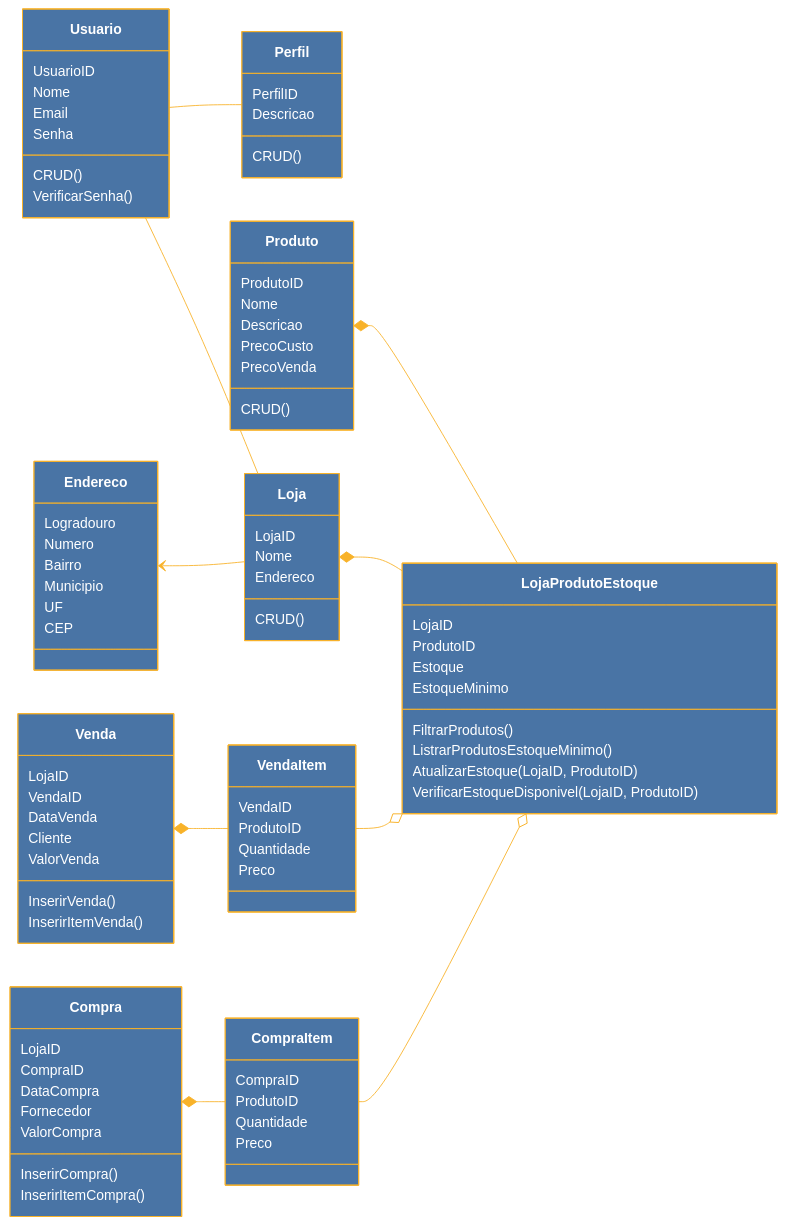
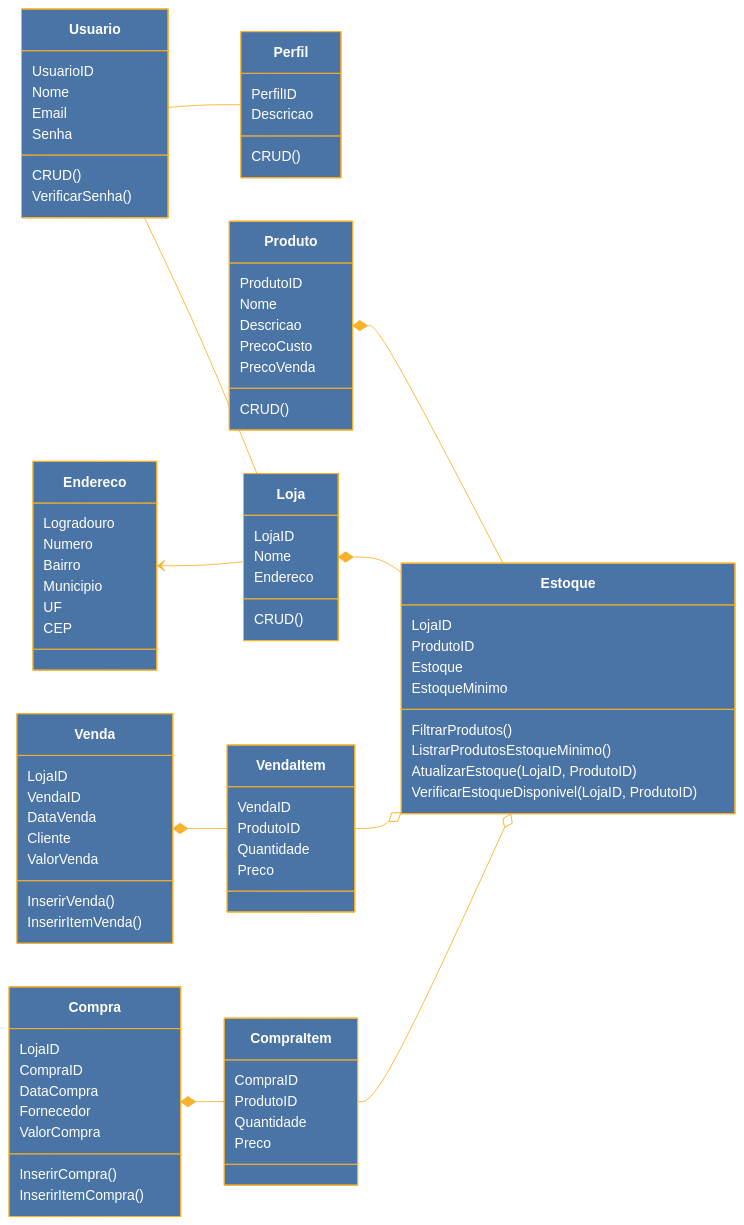
One commit to Ipojuca/WEB2_EX1 changed the diagram in README.md. Above: the diagram before and after it, drawn with Mermaid. The commit also changed 8 other files, not shown here.

````diff
--- a/README.md
+++ b/README.md
@@ -59,7 +59,7 @@
         CRUD()
     }
 
-    class LojaProdutoEstoque{
+    class Estoque{
         LojaID
         ProdutoID
         Estoque
@@ -106,11 +106,11 @@
     Usuario -- Perfil 
     Usuario -- Loja
     Endereco <-- Loja
-    Produto *-- LojaProdutoEstoque
-    Loja *-- LojaProdutoEstoque
+    Produto *-- Estoque
+    Loja *-- Estoque
     Venda *-- VendaItem
-    VendaItem --o LojaProdutoEstoque
-    CompraItem --o LojaProdutoEstoque
+    VendaItem --o Estoque
+    CompraItem --o Estoque
     Compra *-- CompraItem
 
 ```
````
